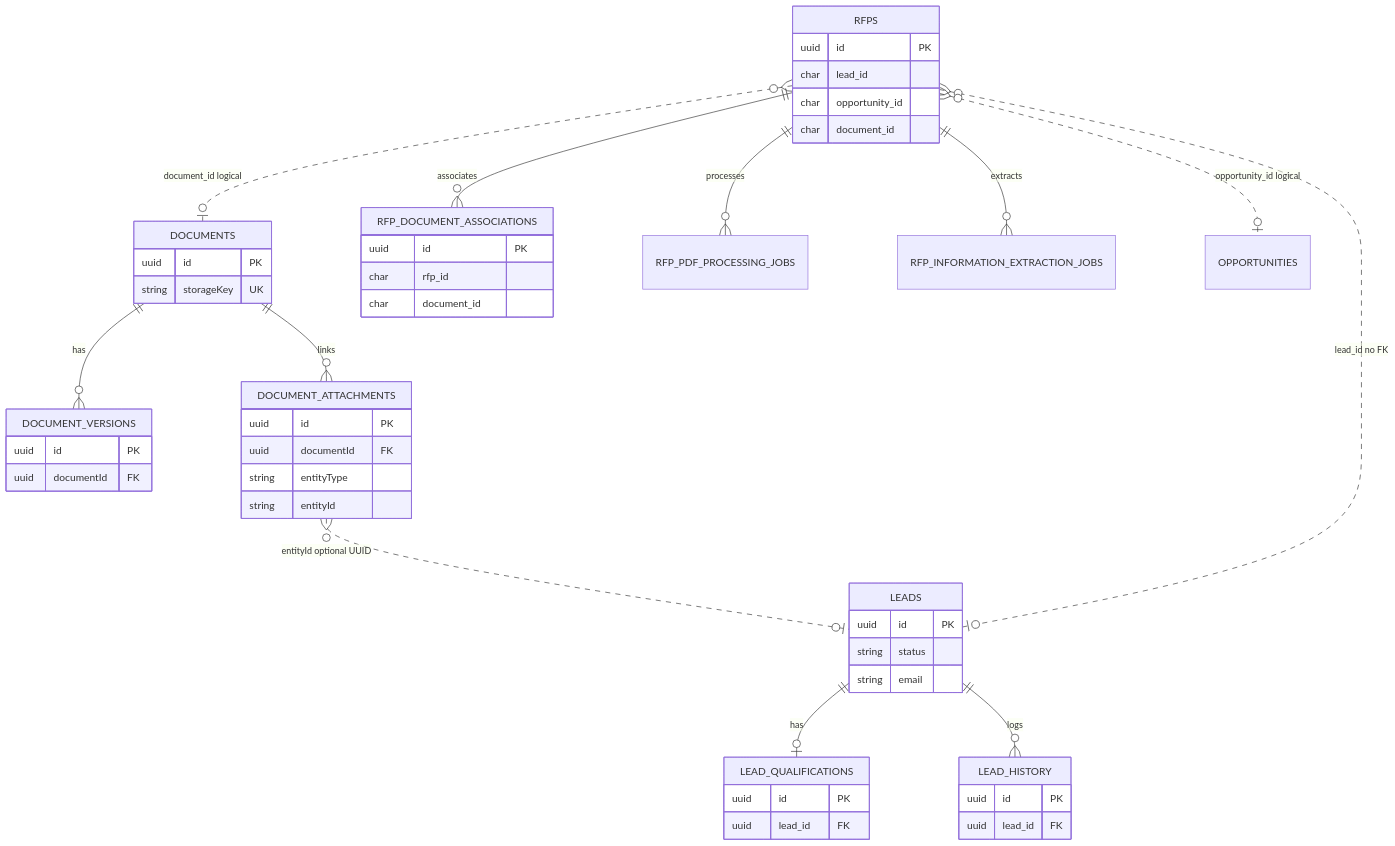
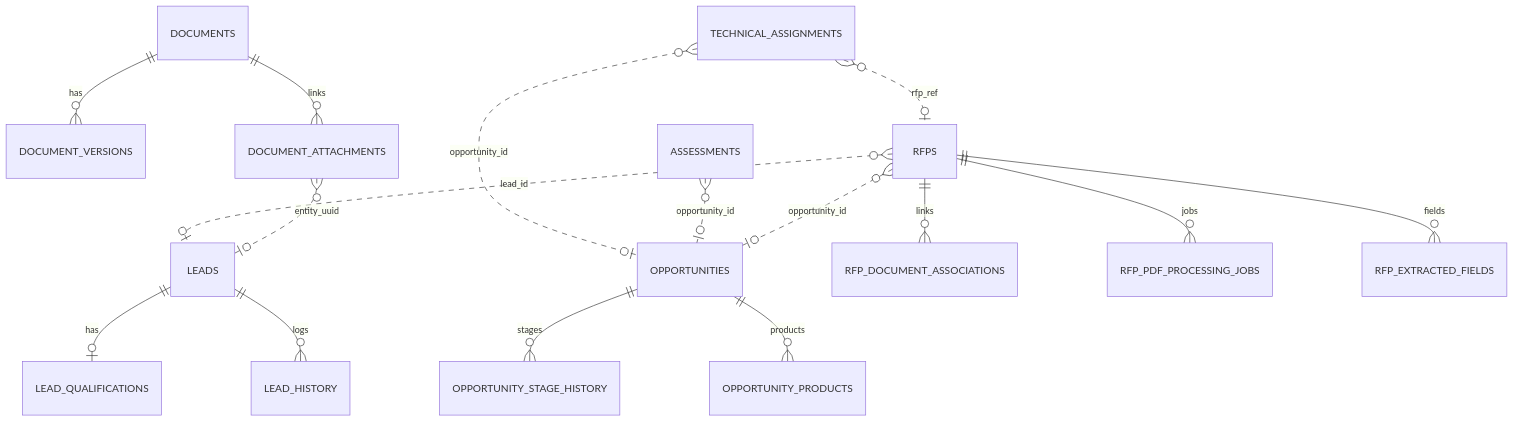
The diagram in docs/system-design/06-database-architecture.md (saurabhnpst/NPST_DEAL_PULSE), drawn with Mermaid before and after one commit. The commit also changed other lines of this file and 75 other files, not shown here.

````diff
--- a/docs/system-design/06-database-architecture.md
+++ b/docs/system-design/06-database-architecture.md
@@ -62,56 +57,23 @@
 ```mermaid
 erDiagram
   LEADS ||--o| LEAD_QUALIFICATIONS : has
   LEADS ||--o{ LEAD_HISTORY : logs
 
   DOCUMENTS ||--o{ DOCUMENT_VERSIONS : has
   DOCUMENTS ||--o{ DOCUMENT_ATTACHMENTS : links
 
-  RFPS ||--o{ RFP_DOCUMENT_ASSOCIATIONS : associates
-  RFPS ||--o{ RFP_PDF_PROCESSING_JOBS : processes
-  RFPS ||--o{ RFP_INFORMATION_EXTRACTION_JOBS : extracts
+  OPPORTUNITIES ||--o{ OPPORTUNITY_STAGE_HISTORY : stages
+  OPPORTUNITIES ||--o{ OPPORTUNITY_PRODUCTS : products
 
-  DOCUMENT_ATTACHMENTS }o..o| LEADS : "entityId optional UUID"
-  RFPS }o..o| LEADS : "lead_id no FK"
-  RFPS }o..o| OPPORTUNITIES : "opportunity_id logical"
-  RFPS }o..o| DOCUMENTS : "document_id logical"
+  RFPS ||--o{ RFP_DOCUMENT_ASSOCIATIONS : links
+  RFPS ||--o{ RFP_PDF_PROCESSING_JOBS : jobs
+  RFPS ||--o{ RFP_EXTRACTED_FIELDS : fields
 
-  LEADS {
-    uuid id PK
-    string status
-    string email
-  }
-  LEAD_QUALIFICATIONS {
-    uuid id PK
-    uuid lead_id FK
-  }
-  LEAD_HISTORY {
-    uuid id PK
-    uuid lead_id FK
-  }
-  DOCUMENTS {
-    uuid id PK
-    string storageKey UK
-  }
-  DOCUMENT_VERSIONS {
-    uuid id PK
-    uuid documentId FK
-  }
-  DOCUMENT_ATTACHMENTS {
-    uuid id PK
-    uuid documentId FK
-    string entityType
-    string entityId
-  }
-  RFPS {
-    uuid id PK
-    char lead_id
-    char opportunity_id
-    char document_id
-  }
-  RFP_DOCUMENT_ASSOCIATIONS {
-    uuid id PK
-    char rfp_id
-    char document_id
-  }
+  TECHNICAL_ASSIGNMENTS }o..o| OPPORTUNITIES : opportunity_id
+  TECHNICAL_ASSIGNMENTS }o..o| RFPS : rfp_ref
+  ASSESSMENTS }o..o| OPPORTUNITIES : opportunity_id
+
+  RFPS }o..o| LEADS : lead_id
+  RFPS }o..o| OPPORTUNITIES : opportunity_id
+  DOCUMENT_ATTACHMENTS }o..o| LEADS : entity_uuid
 ```
````
